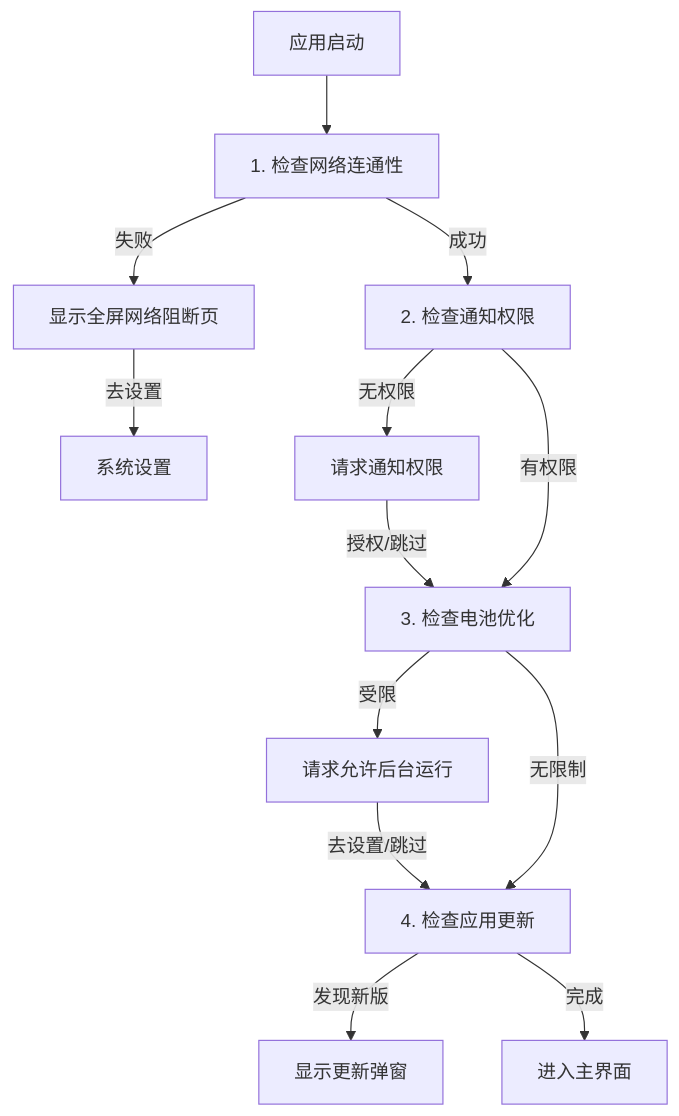
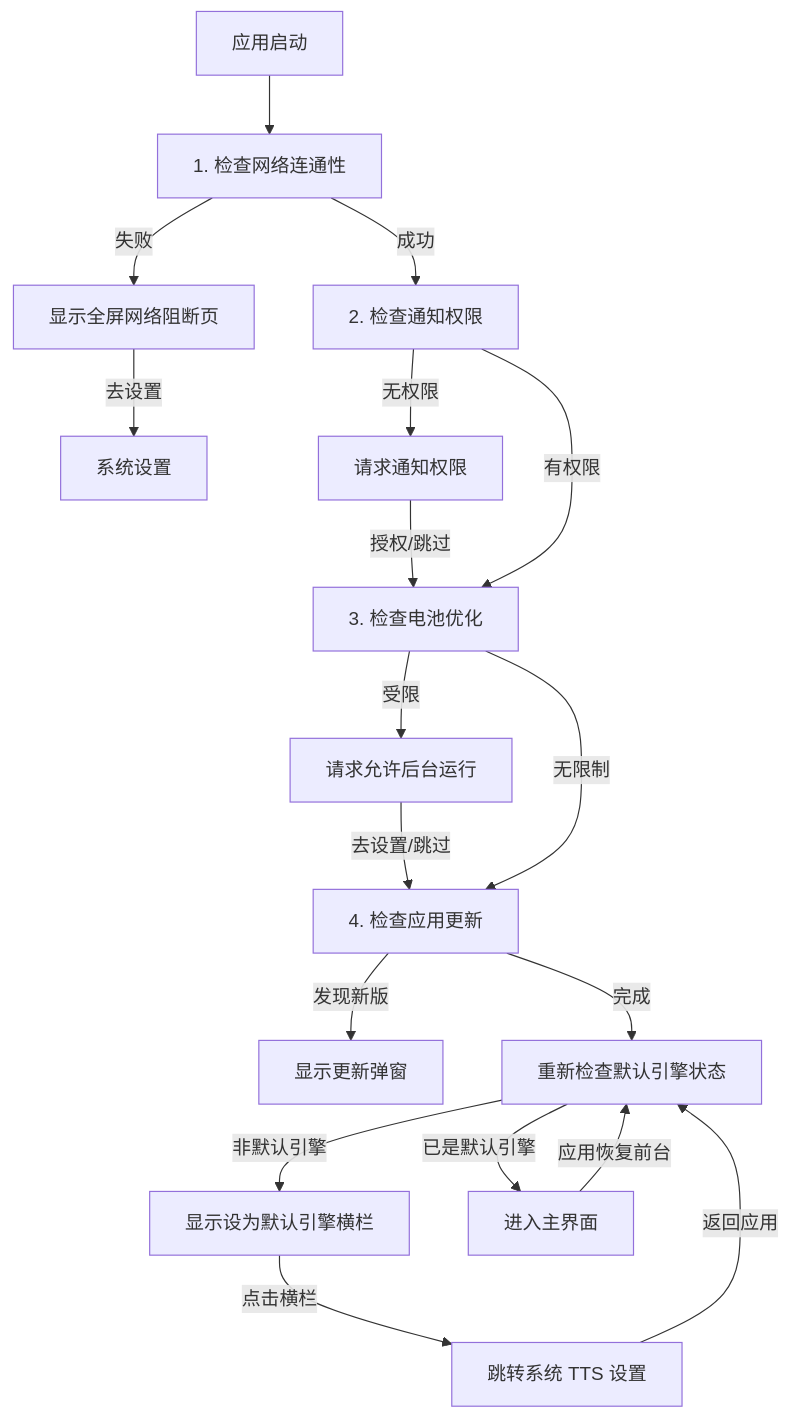
One commit to LonePheasantWarrior/TalkifyTTS changed the diagram in doc/开发指南.md. Above: the diagram before and after it, drawn with Mermaid. The commit also changed other lines of this file, not shown here.

````diff
--- a/doc/开发指南.md
+++ b/doc/开发指南.md
@@ -184,18 +185,26 @@
 ```mermaid
 graph TD
     Start[应用启动] --> Step1[1. 检查网络连通性]
     Step1 -- 失败 --> DialogNet[显示全屏网络阻断页]
     DialogNet -- 去设置 --> SysSettings[系统设置]
     Step1 -- 成功 --> Step2[2. 检查通知权限]
     
     Step2 -- 无权限 --> DialogNotif[请求通知权限]
     DialogNotif -- 授权/跳过 --> Step3
     Step2 -- 有权限 --> Step3[3. 检查电池优化]
     
     Step3 -- 受限 --> DialogBattery[请求允许后台运行]
     DialogBattery -- 去设置/跳过 --> Step4
     Step3 -- 无限制 --> Step4[4. 检查应用更新]
     
     Step4 -- 发现新版 --> DialogUpdate[显示更新弹窗]
-    Step4 -- 完成 --> MainUI[进入主界面]
+    Step4 -- 完成 --> Step5[5. 检查默认引擎状态]
+    
+    Step5 -- 非默认引擎 --> BannerDefault[显示设为默认引擎横栏]
+    Step5 -- 已是默认引擎 --> MainUI[进入主界面]
+    
+    BannerDefault -- 点击横栏 --> TtsSettings[跳转系统 TTS 设置]
+    TtsSettings -- 返回应用 --> Step5[重新检查默认引擎状态]
+    
+    MainUI -- 应用恢复前台 --> Step5[重新检查默认引擎状态]
 ```
````
